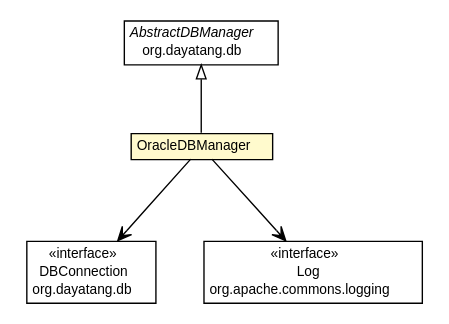
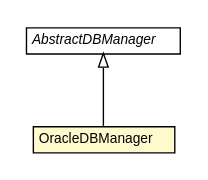
One commit to dayatang/dddlib changed the diagram in dddlib-db/apidocs/org/dayatang/db/oracle/OracleDBManager.dot. Above: the diagram before and after it, drawn with Graphviz. The commit also changed 263 other files, not shown here.

```diff
--- a/dddlib-db/apidocs/org/dayatang/db/oracle/OracleDBManager.dot
+++ b/dddlib-db/apidocs/org/dayatang/db/oracle/OracleDBManager.dot
@@ -1,47 +1,26 @@
 #!/usr/local/bin/dot
 #
 # Class diagram 
 # Generated by UMLGraph version R5_6_6-8-g8d7759 (http://www.umlgraph.org/)
 #
 
 digraph G {
 	edge [fontname="Helvetica",fontsize=10,labelfontname="Helvetica",labelfontsize=10];
 	node [fontname="Helvetica",fontsize=10,shape=plaintext];
 	nodesep=0.25;
 	ranksep=0.5;
-	// org.dayatang.db.DBConnection
-	c644 [label=<<table title="org.dayatang.db.DBConnection" border="0" cellborder="1" cellspacing="0" cellpadding="2" port="p" href="../DBConnection.html">
-		<tr><td><table border="0" cellspacing="0" cellpadding="1">
-<tr><td align="center" balign="center"> &#171;interface&#187; </td></tr>
-<tr><td align="center" balign="center"> DBConnection </td></tr>
-<tr><td align="center" balign="center"> org.dayatang.db </td></tr>
-		</table></td></tr>
-		</table>>, URL="../DBConnection.html", fontname="Helvetica", fontcolor="black", fontsize=10.0];
 	// org.dayatang.db.AbstractDBManager
-	c646 [label=<<table title="org.dayatang.db.AbstractDBManager" border="0" cellborder="1" cellspacing="0" cellpadding="2" port="p" href="../AbstractDBManager.html">
+	c607 [label=<<table title="org.dayatang.db.AbstractDBManager" border="0" cellborder="1" cellspacing="0" cellpadding="2" port="p" href="../AbstractDBManager.html">
 		<tr><td><table border="0" cellspacing="0" cellpadding="1">
 <tr><td align="center" balign="center"><font face="Helvetica-Oblique"> AbstractDBManager </font></td></tr>
-<tr><td align="center" balign="center"> org.dayatang.db </td></tr>
 		</table></td></tr>
 		</table>>, URL="../AbstractDBManager.html", fontname="Helvetica", fontcolor="black", fontsize=10.0];
 	// org.dayatang.db.oracle.OracleDBManager
-	c648 [label=<<table title="org.dayatang.db.oracle.OracleDBManager" border="0" cellborder="1" cellspacing="0" cellpadding="2" port="p" bgcolor="lemonChiffon" href="./OracleDBManager.html">
+	c609 [label=<<table title="org.dayatang.db.oracle.OracleDBManager" border="0" cellborder="1" cellspacing="0" cellpadding="2" port="p" bgcolor="lemonChiffon" href="./OracleDBManager.html">
 		<tr><td><table border="0" cellspacing="0" cellpadding="1">
 <tr><td align="center" balign="center"> OracleDBManager </td></tr>
 		</table></td></tr>
 		</table>>, URL="./OracleDBManager.html", fontname="Helvetica", fontcolor="black", fontsize=10.0];
 	//org.dayatang.db.oracle.OracleDBManager extends org.dayatang.db.AbstractDBManager
-	c646:p -> c648:p [dir=back,arrowtail=empty];
-	// org.dayatang.db.oracle.OracleDBManager NAVASSOC org.apache.commons.logging.Log
-	c648:p -> c661:p [taillabel="", label=" "headlabel="", fontname="Helvetica", fontcolor="black", fontsize=10.0, color="black", arrowhead=open];
-	// org.dayatang.db.oracle.OracleDBManager NAVASSOC org.dayatang.db.DBConnection
-	c648:p -> c644:p [taillabel="", label=" "headlabel="", fontname="Helvetica", fontcolor="black", fontsize=10.0, color="black", arrowhead=open];
-	// org.apache.commons.logging.Log
-	c661 [label=<<table title="org.apache.commons.logging.Log" border="0" cellborder="1" cellspacing="0" cellpadding="2" port="p" href="http://java.sun.com/j2se/1.4.2/docs/api/org/apache/commons/logging/Log.html">
-		<tr><td><table border="0" cellspacing="0" cellpadding="1">
-<tr><td align="center" balign="center"> &#171;interface&#187; </td></tr>
-<tr><td align="center" balign="center"> Log </td></tr>
-<tr><td align="center" balign="center"> org.apache.commons.logging </td></tr>
-		</table></td></tr>
-		</table>>, URL="http://java.sun.com/j2se/1.4.2/docs/api/org/apache/commons/logging/Log.html", fontname="Helvetica", fontcolor="black", fontsize=10.0];
+	c607:p -> c609:p [dir=back,arrowtail=empty];
 }
```
